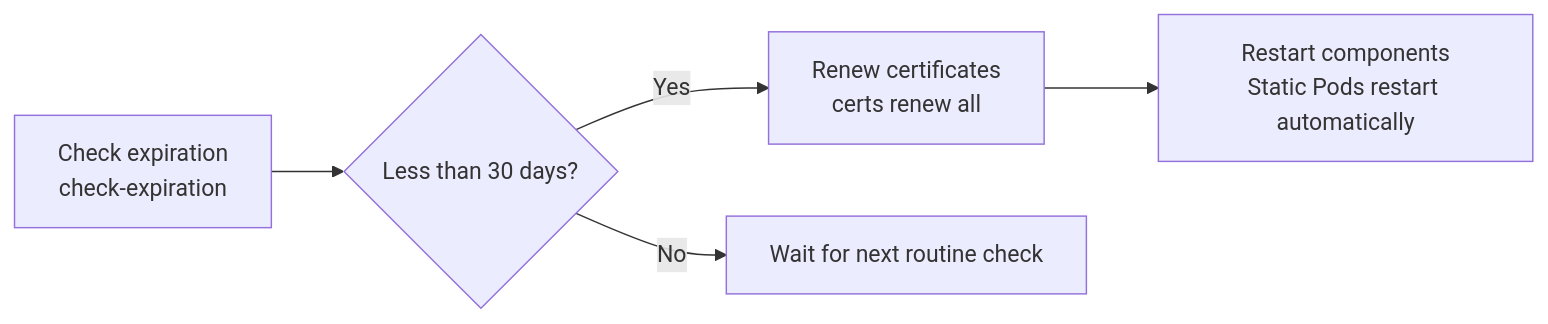
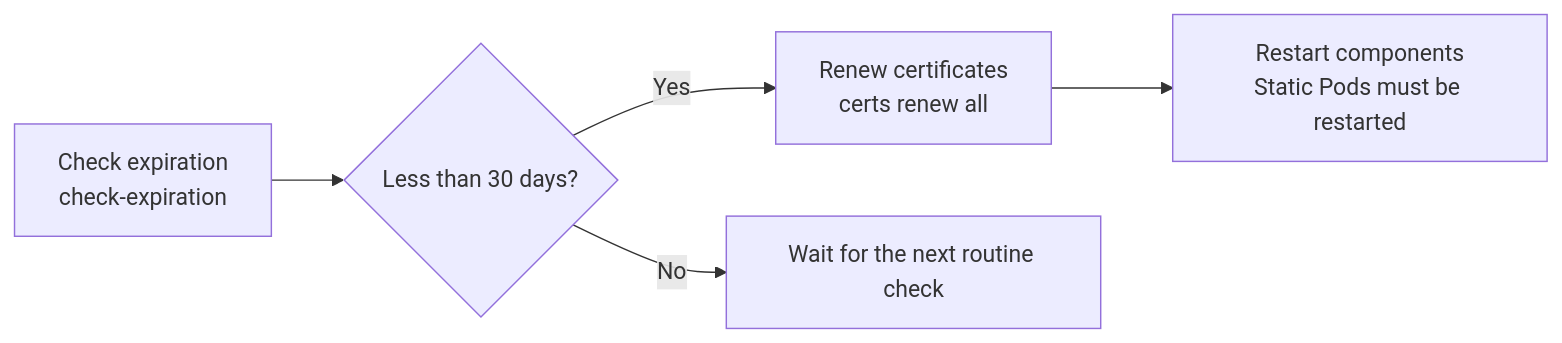
One commit to jeonck/k8s-adv changed the diagram in content/security/03-operation/28-cert-expiration-and-renew.md. Above: the diagram before and after it, drawn with Mermaid. The commit also changed other lines of this file and 53 other files, not shown here.

````diff
--- a/content/security/03-operation/28-cert-expiration-and-renew.md
+++ b/content/security/03-operation/28-cert-expiration-and-renew.md
@@ -46,7 +46,7 @@
 ```mermaid
 flowchart LR
     Check[Check expiration<br/>check-expiration] --> Decision{Less than 30 days?}
     Decision -- Yes --> Renew[Renew certificates<br/>certs renew all]
-    Renew --> Restart[Restart components<br/>Static Pods restart automatically]
-    Decision -- No --> Wait[Wait for next routine check]
+    Renew --> Restart[Restart components<br/>Static Pods must be restarted]
+    Decision -- No --> Wait[Wait for the next routine check]
 ```
````
